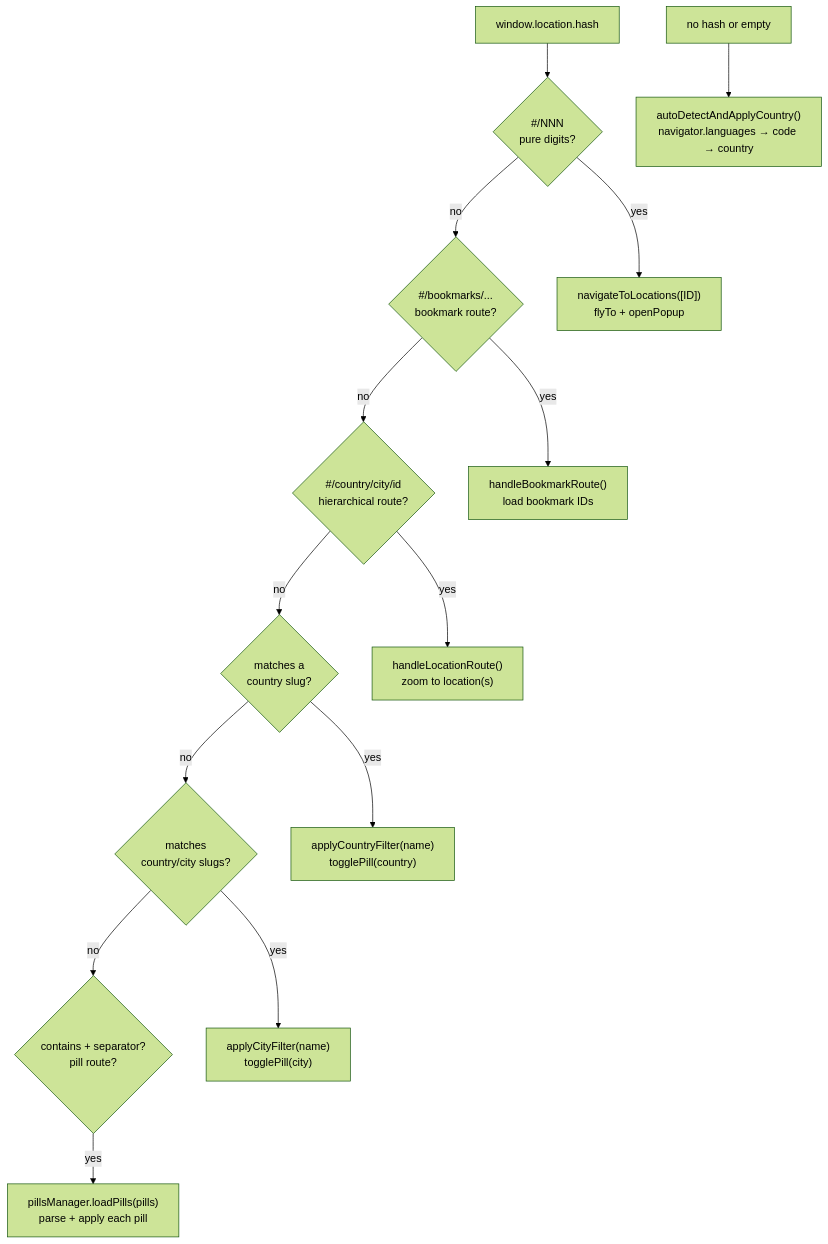
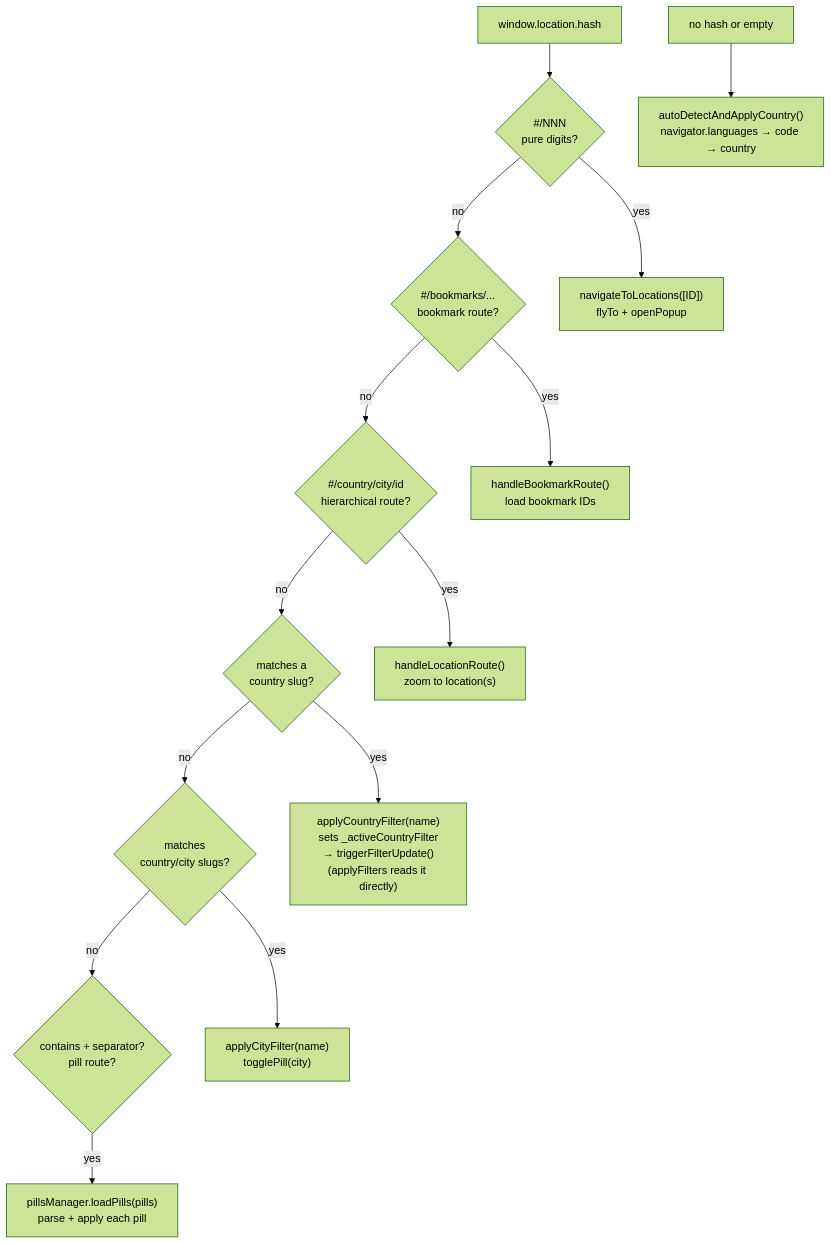
One commit to 01msmr/makerspac.es changed diagram 12 of 19 in architecture-diagram.md. Above: the diagram before and after it, drawn with Mermaid (forest theme). The commit also changed other lines of this file and 2 other files, not shown here.

Commit message:
Fix country+workshop filter, update diagrams

````diff
--- a/architecture-diagram.md
+++ b/architecture-diagram.md
@@ -610,35 +623,35 @@
 ```mermaid
 flowchart TD
 
 HASH["window.location.hash"]
 
 P1{"#/NNN\npure digits?"}
 P2{"#/bookmarks/...\nbookmark route?"}
 P3{"#/country/city/id\nhierarchical route?"}
 P4{"matches a\ncountry slug?"}
 P5{"matches\ncountry/city slugs?"}
 P6{"contains + separator?\npill route?"}
 P7["no hash or empty"]
 
 A1["navigateToLocations([ID])\nflyTo + openPopup"]
 A2["handleBookmarkRoute()\nload bookmark IDs"]
 A3["handleLocationRoute()\nzoom to location(s)"]
-A4["applyCountryFilter(name)\ntogglePill(country)"]
+A4["applyCountryFilter(name)\nsets _activeCountryFilter\n→ triggerFilterUpdate()\n(applyFilters reads it directly)"]
 A5["applyCityFilter(name)\ntogglePill(city)"]
 A6["pillsManager.loadPills(pills)\nparse + apply each pill"]
 A7["autoDetectAndApplyCountry()\nnavigator.languages → code → country"]
 
 HASH --> P1
 P1 -->|yes| A1
 P1 -->|no| P2
 P2 -->|yes| A2
 P2 -->|no| P3
 P3 -->|yes| A3
 P3 -->|no| P4
 P4 -->|yes| A4
 P4 -->|no| P5
 P5 -->|yes| A5
 P5 -->|no| P6
 P6 -->|yes| A6
 P7 --> A7
 ```
````
